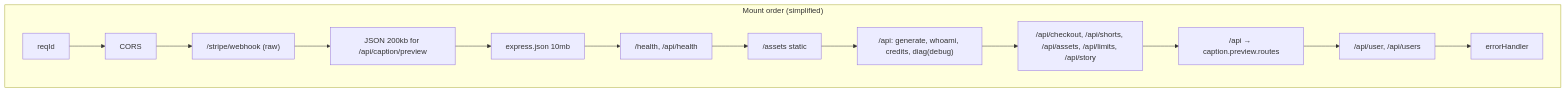
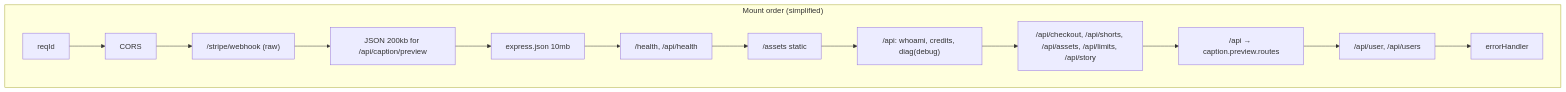
Before and after one commit to AJR628/vaiform: the fourth of 13 diagrams in docs/REPO_ARCHITECTURE_DIAGRAM.md, drawn with Mermaid. The commit also changed other lines of this file and 50 other files, not shown here.

````diff
--- a/docs/REPO_ARCHITECTURE_DIAGRAM.md
+++ b/docs/REPO_ARCHITECTURE_DIAGRAM.md
@@ -134,18 +134,18 @@
 ```mermaid
 flowchart TB
   subgraph Order["Mount order (simplified)"]
     A["reqId"]
     B["CORS"]
     C["/stripe/webhook (raw)"]
     D["JSON 200kb for /api/caption/preview"]
     E["express.json 10mb"]
     F["/health, /api/health"]
     G["/assets static"]
-    H["/api: generate, whoami, credits, diag(debug)"]
+    H["/api: whoami, credits, diag(debug)"]
     I["/api/checkout, /api/shorts, /api/assets, /api/limits, /api/story"]
     J["/api → caption.preview.routes"]
     K["/api/user, /api/users"]
     L["errorHandler"]
   end
   A --> B --> C --> D --> E --> F --> G --> H --> I --> J --> K --> L
 ```
````
